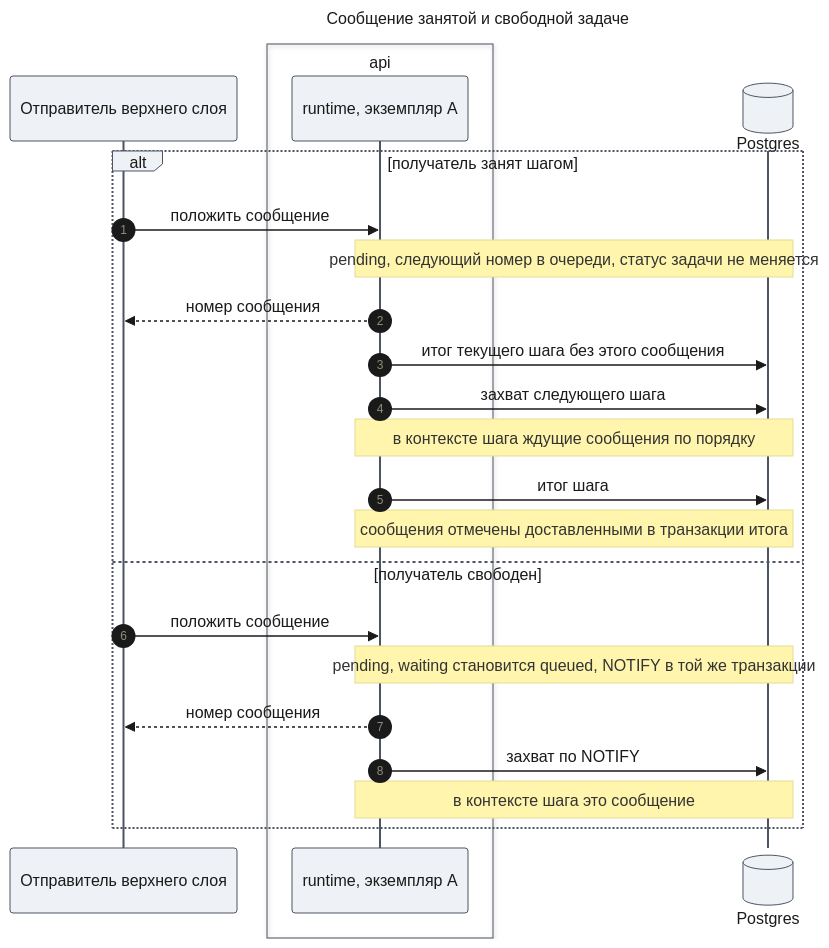
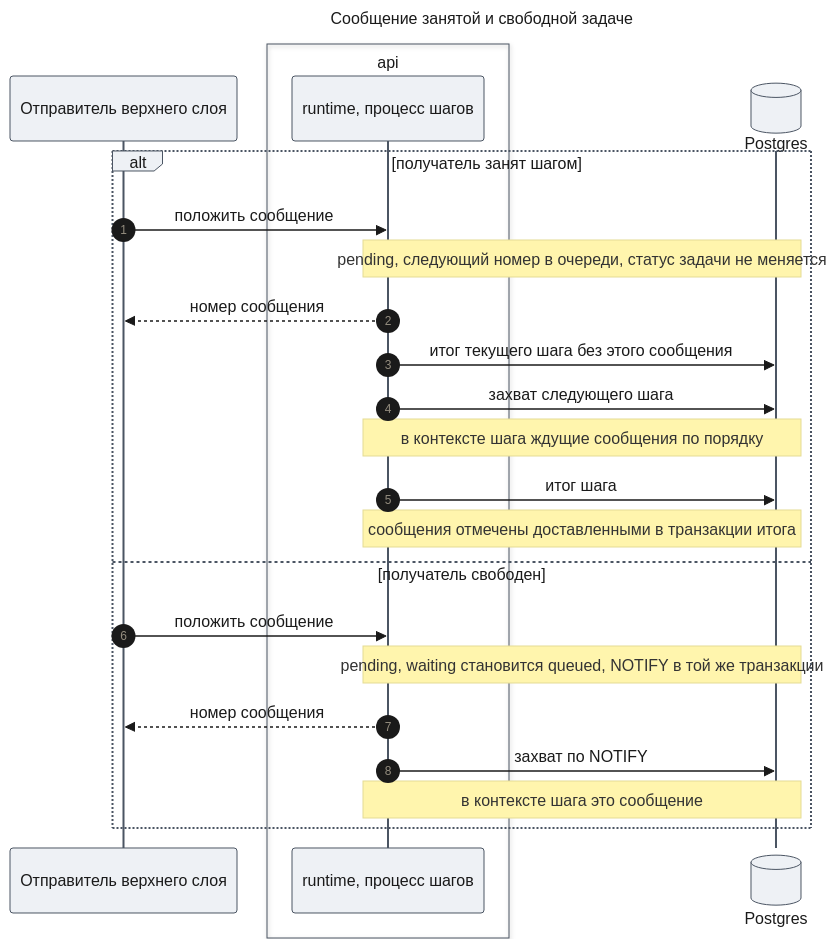
The eighth of 12 diagrams in docs/features/agent-platform/design-runtime.md (tundraray/agent-os), drawn with Mermaid before and after one commit. The commit also changed other lines of this file and 1225 other files, not shown here.

````diff
--- a/docs/features/agent-platform/design-runtime.md
+++ b/docs/features/agent-platform/design-runtime.md
@@ -562,47 +532,47 @@
 ```mermaid
 ---
 title: "Сообщение занятой и свободной задаче"
 config:
   theme: base
   look: classic
   themeVariables:
     primaryColor: "#eef1f5"
     primaryBorderColor: "#4b5563"
     primaryTextColor: "#1a1a1a"
     lineColor: "#6b7280"
   themeCSS: |
     @keyframes lit_f3{0%,11.25%{stroke:#991b1b;stroke-width:6px}12.5%,100%{stroke:#37474f;stroke-width:2px}}
     @keyframes litr_f3{0%,11.25%{stroke:#1d4ed8;stroke-width:6px}12.5%,100%{stroke:#37474f;stroke-width:2px}}
     .messageLine0[data-id='i2'],.messageLine1[data-id='i2']{animation:lit_f3 9.6s linear 0s infinite}
     .messageLine0[data-id='i4'],.messageLine1[data-id='i4']{animation:litr_f3 9.6s linear 1.2s infinite}
     .messageLine0[data-id='i5'],.messageLine1[data-id='i5']{animation:lit_f3 9.6s linear 2.4s infinite}
     .messageLine0[data-id='i6'],.messageLine1[data-id='i6']{animation:lit_f3 9.6s linear 3.6s infinite}
     .messageLine0[data-id='i8'],.messageLine1[data-id='i8']{animation:lit_f3 9.6s linear 4.8s infinite}
     .messageLine0[data-id='i11'],.messageLine1[data-id='i11']{animation:lit_f3 9.6s linear 6s infinite}
     .messageLine0[data-id='i13'],.messageLine1[data-id='i13']{animation:litr_f3 9.6s linear 7.2s infinite}
     .messageLine0[data-id='i14'],.messageLine1[data-id='i14']{animation:lit_f3 9.6s linear 8.4s infinite}
 ---
 sequenceDiagram
     autonumber
     participant S as Отправитель верхнего слоя
     box api
-    participant A as runtime, экземпляр A
+    participant A as runtime, процесс шагов
     end
     participant DB@{ "type": "database" } as Postgres
     alt получатель занят шагом
         S->>A: положить сообщение
         Note over A,DB: pending, следующий номер в очереди, статус задачи не меняется
         A-->>S: номер сообщения
         A->>DB: итог текущего шага без этого сообщения
         A->>DB: захват следующего шага
         Note over A,DB: в контексте шага ждущие сообщения по порядку
         A->>DB: итог шага
         Note over A,DB: сообщения отмечены доставленными в транзакции итога
     else получатель свободен
         S->>A: положить сообщение
         Note over A,DB: pending, waiting становится queued, NOTIFY в той же транзакции
         A-->>S: номер сообщения
         A->>DB: захват по NOTIFY
         Note over A,DB: в контексте шага это сообщение
     end
 ```
````
